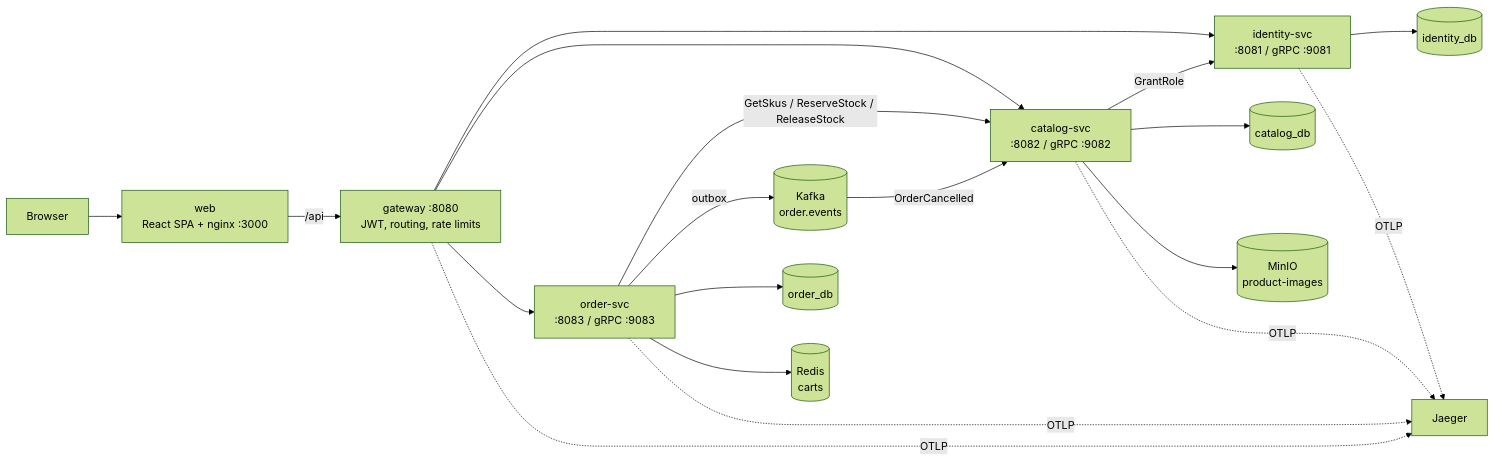
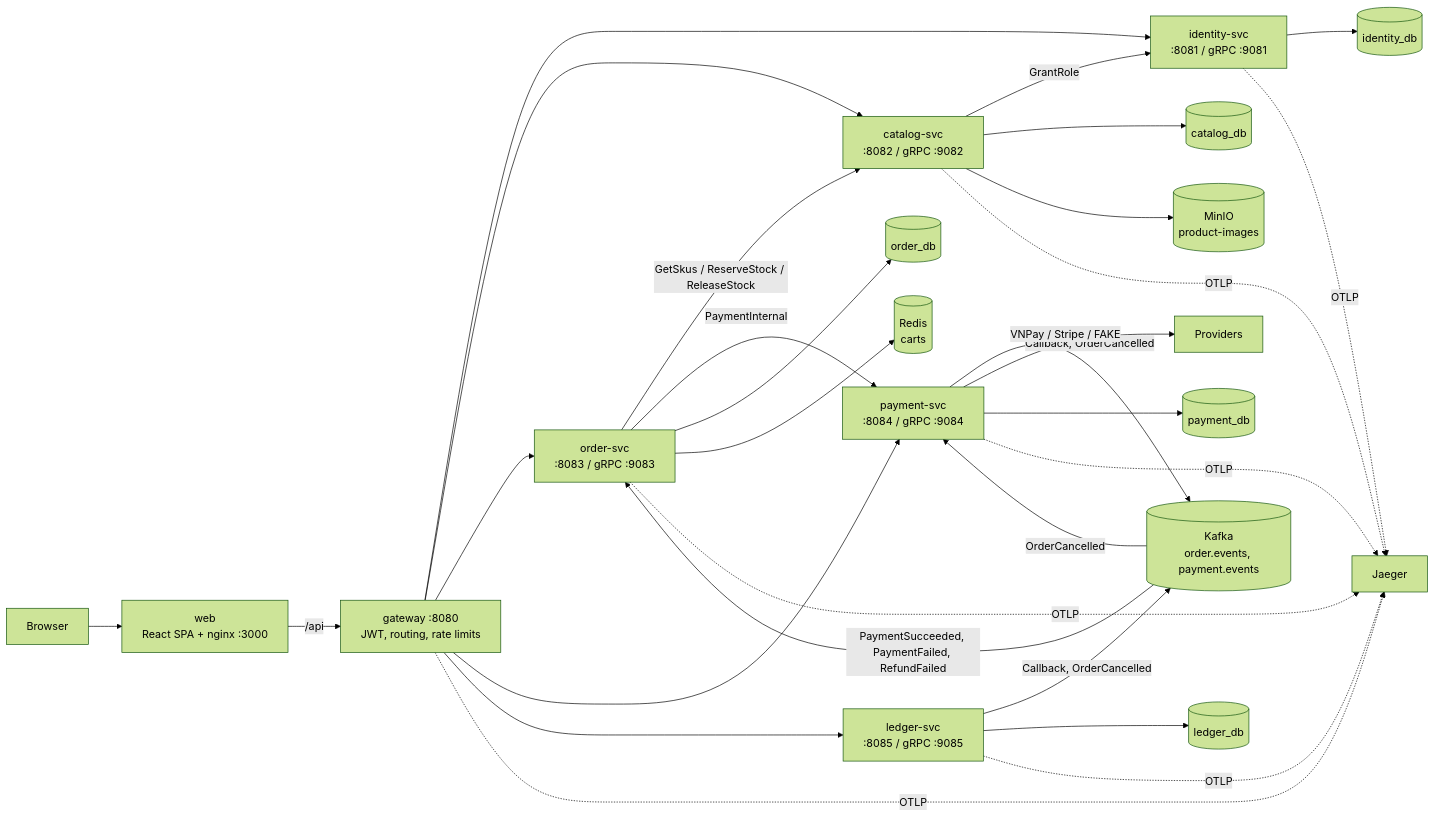
The diagram in README.md (ngoxuanchien/E-Commerce), drawn with Mermaid (forest theme) before and after one commit. The commit also changed other lines of this file and 4 other files, not shown here.

````diff
--- a/README.md
+++ b/README.md
@@ -24,18 +34,26 @@
 ```mermaid
 flowchart LR
   B[Browser] --> W["web<br/>React SPA + nginx :3000"]
   W -- /api --> G["gateway :8080<br/>JWT, routing, rate limits"]
   G --> I["identity-svc<br/>:8081 / gRPC :9081"]
   G --> C["catalog-svc<br/>:8082 / gRPC :9082"]
   G --> O["order-svc<br/>:8083 / gRPC :9083"]
+  G --> P["payment-svc<br/>:8084 / gRPC :9084"]
+  G --> L["ledger-svc<br/>:8085 / gRPC :9085"]
   C -- GrantRole --> I
   O -- GetSkus / ReserveStock / ReleaseStock --> C
-  O -- outbox --> K[("Kafka<br/>order.events")]
-  K -- OrderCancelled --> C
+  O -- PaymentInternal --> P
+  P -- Callback, OrderCancelled --> K[("Kafka<br/>order.events, payment.events")]
+  L -- Callback, OrderCancelled --> K
+  K -- PaymentSucceeded, PaymentFailed, RefundFailed --> O
+  K -- OrderCancelled --> P
+  P -- VNPay / Stripe / FAKE --> EX["Providers"]
   I --> PI[(identity_db)]
   C --> PC[(catalog_db)]
   C --> M[(MinIO<br/>product-images)]
   O --> PO[(order_db)]
   O --> R[(Redis<br/>carts)]
-  G & I & C & O -. OTLP .-> J[Jaeger]
+  P --> PP[(payment_db)]
+  L --> PL[(ledger_db)]
+  G & I & C & O & P & L -. OTLP .-> J[Jaeger]
 ```
````
